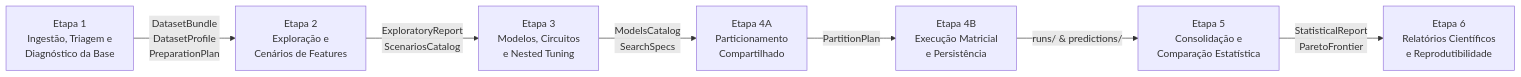
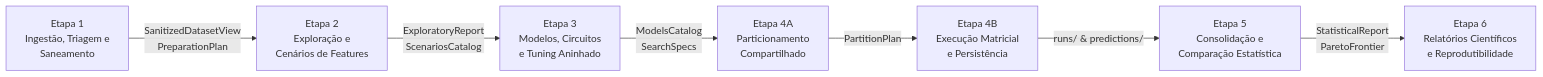
One commit to aleerangel/experimental-ml-framework changed the diagram in README.md. Above: the diagram before and after it, drawn with Mermaid. The commit also changed other lines of this file, not shown here.

````diff
--- a/README.md
+++ b/README.md
@@ -46,9 +43,9 @@
 ```mermaid
 flowchart LR
-    E1["Etapa 1<br/>Ingestão, Triagem e<br/>Diagnóstico da Base"] -->|"DatasetBundle<br/>DatasetProfile<br/>PreparationPlan"| E2["Etapa 2<br/>Exploração e<br/>Cenários de Features"]
-    E2 -->|"ExploratoryReport<br/>ScenariosCatalog"| E3["Etapa 3<br/>Modelos, Circuitos<br/>e Nested Tuning"]
+    E1["Etapa 1<br/>Ingestão, Triagem e<br/>Saneamento"] -->|"SanitizedDatasetView<br/>PreparationPlan"| E2["Etapa 2<br/>Exploração e<br/>Cenários de Features"]
+    E2 -->|"ExploratoryReport<br/>ScenariosCatalog"| E3["Etapa 3<br/>Modelos, Circuitos<br/>e Tuning Aninhado"]
     E3 -->|"ModelsCatalog<br/>SearchSpecs"| E4A["Etapa 4A<br/>Particionamento<br/>Compartilhado"]
     E4A -->|"PartitionPlan"| E4B["Etapa 4B<br/>Execução Matricial<br/>e Persistência"]
     E4B -->|"runs/ & predictions/"| E5["Etapa 5<br/>Consolidação e<br/>Comparação Estatística"]
     E5 -->|"StatisticalReport<br/>ParetoFrontier"| E6["Etapa 6<br/>Relatórios Científicos<br/>e Reprodutibilidade"]
 ```
````
